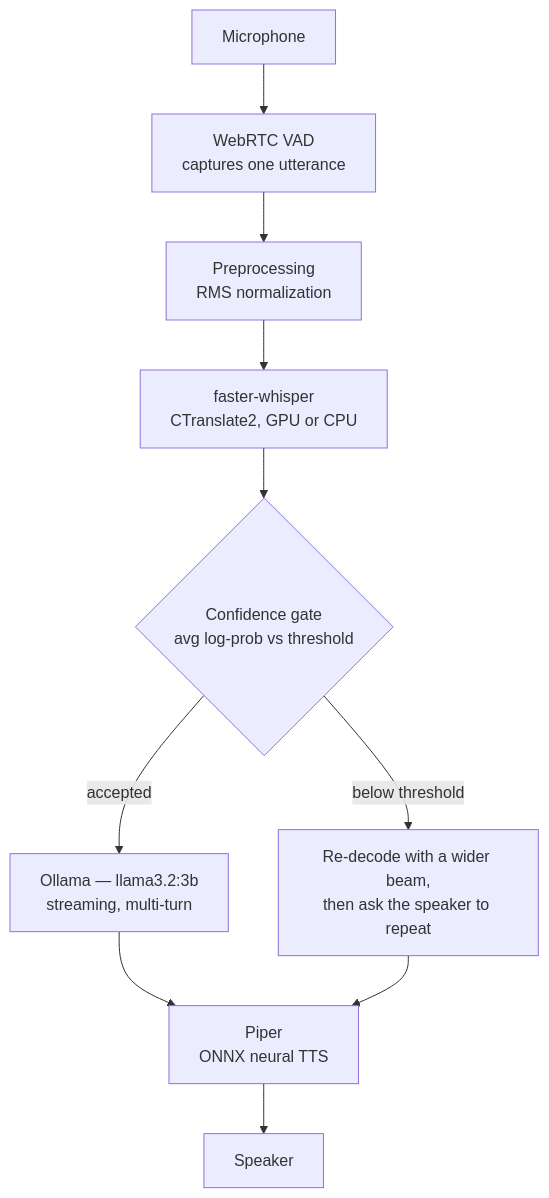
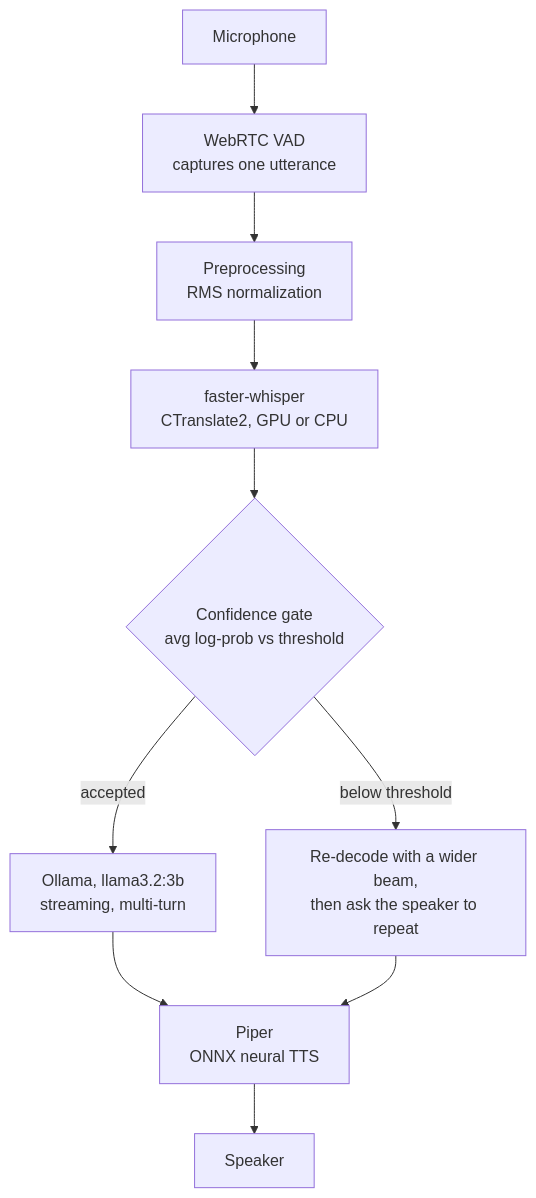
The diagram in README.md (Sandeepsrinivasan-14/voice-chatbot), drawn with Mermaid before and after one commit. The commit also changed other lines of this file, not shown here.

First line of the commit message:
Clean up README punctuation and embed the benchmark chart

````diff
--- a/README.md
+++ b/README.md
@@ -35,12 +35,12 @@
 ```mermaid
 flowchart TD
     mic[Microphone] --> vad[WebRTC VAD<br/>captures one utterance]
     vad --> pre[Preprocessing<br/>RMS normalization]
     pre --> stt[faster-whisper<br/>CTranslate2, GPU or CPU]
     stt --> gate{Confidence gate<br/>avg log-prob vs threshold}
     gate -->|below threshold| retry[Re-decode with a wider beam,<br/>then ask the speaker to repeat]
-    gate -->|accepted| llm[Ollama &mdash; llama3.2:3b<br/>streaming, multi-turn]
+    gate -->|accepted| llm[Ollama, llama3.2:3b<br/>streaming, multi-turn]
     llm --> tts[Piper<br/>ONNX neural TTS]
     retry --> tts
     tts --> spk[Speaker]
 ```
````
